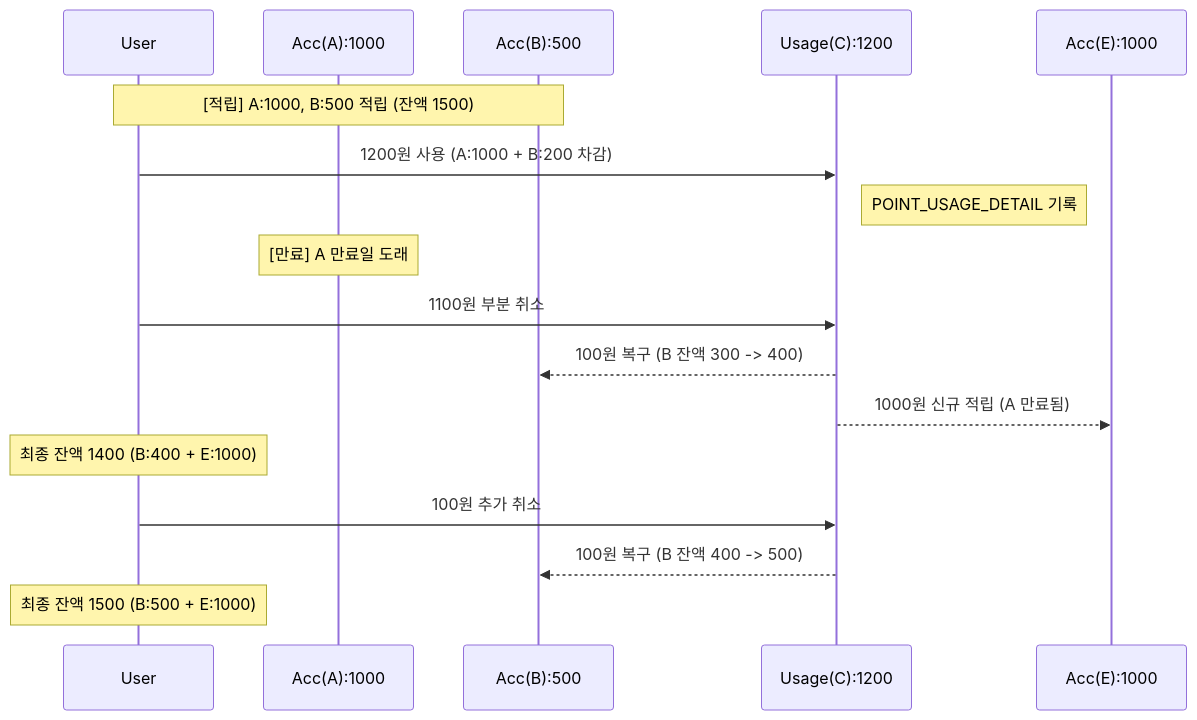
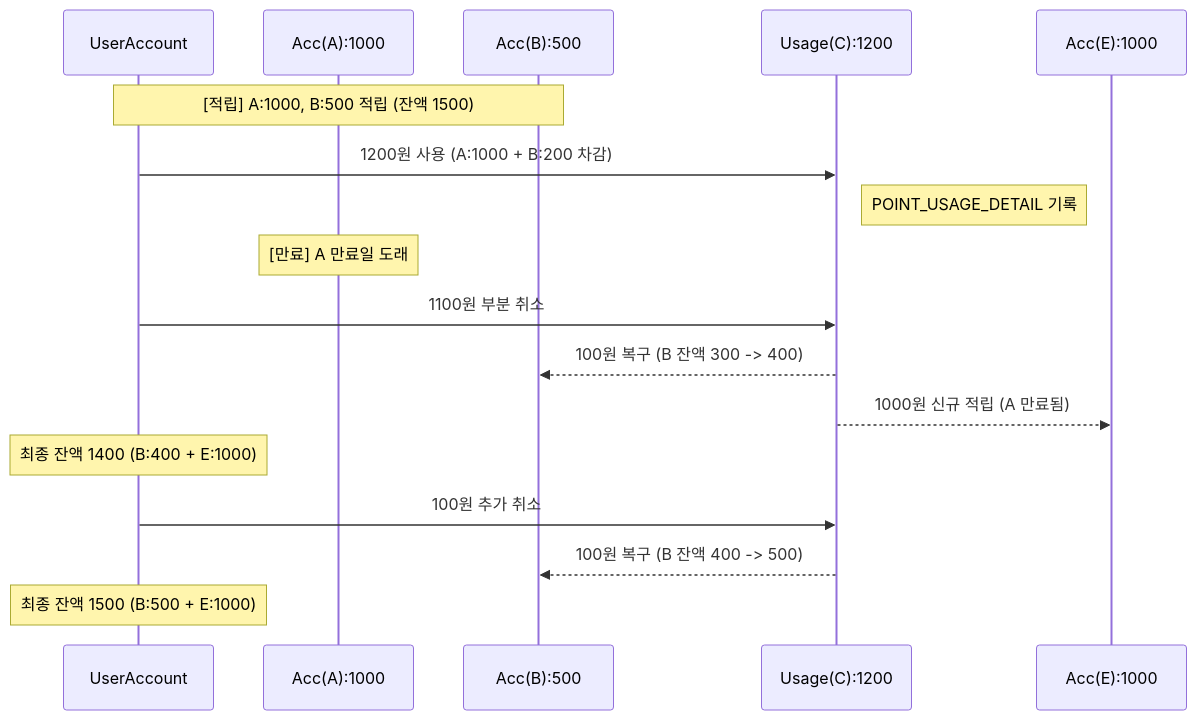
Before and after one commit to muzzaiwork/point: the diagram in docs/시나리오 흐름.md, drawn with Mermaid. The commit also changed other lines of this file and 15 other files, not shown here.

Commit message:
Rename User and UserRepository to UserAccount and UserAccountRepository

````diff
--- a/docs/시나리오 흐름.md
+++ b/docs/시나리오 흐름.md
@@ -106,20 +106,20 @@
 ```mermaid
 sequenceDiagram
-    participant U as User
+    participant U as UserAccount
     participant A as Acc(A):1000
     participant B as Acc(B):500
     participant C as Usage(C):1200
     participant E as Acc(E):1000
 
     Note over U, B: [적립] A:1000, B:500 적립 (잔액 1500)
     U->>C: 1200원 사용 (A:1000 + B:200 차감)
     Note right of C: POINT_USAGE_DETAIL 기록
     Note over A: [만료] A 만료일 도래
     U->>C: 1100원 부분 취소
     C-->>B: 100원 복구 (B 잔액 300 -> 400)
     C-->>E: 1000원 신규 적립 (A 만료됨)
     Note over U: 최종 잔액 1400 (B:400 + E:1000)
     U->>C: 100원 추가 취소
     C-->>B: 100원 복구 (B 잔액 400 -> 500)
     Note over U: 최종 잔액 1500 (B:500 + E:1000)
 ```
````
